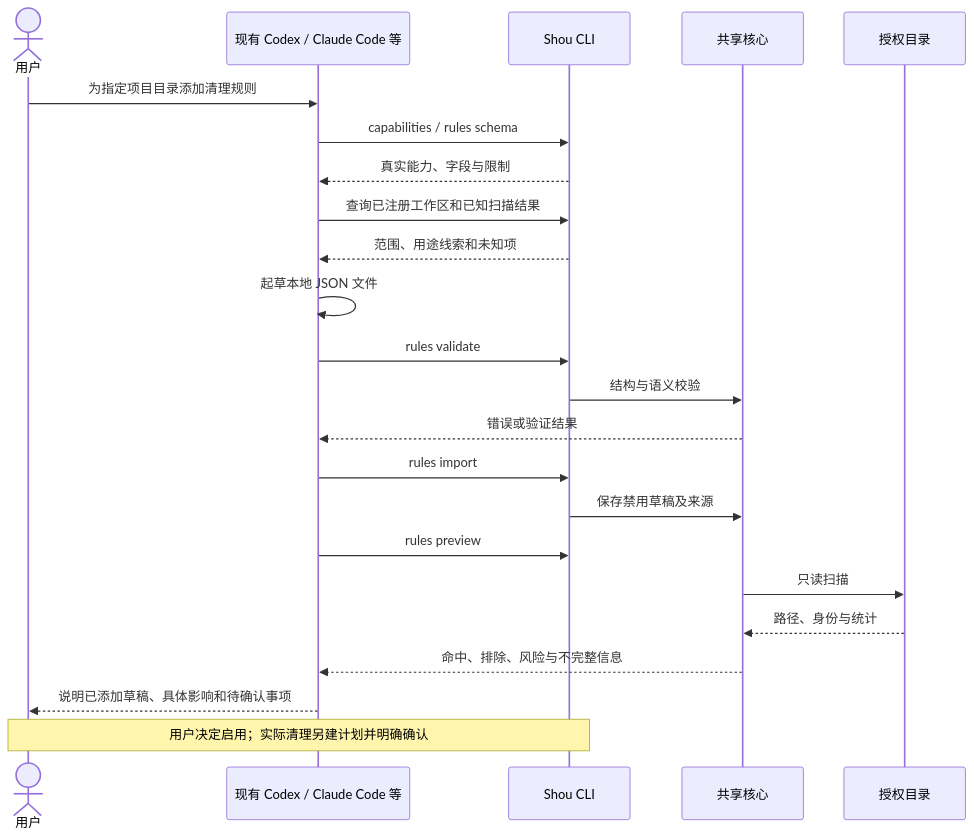
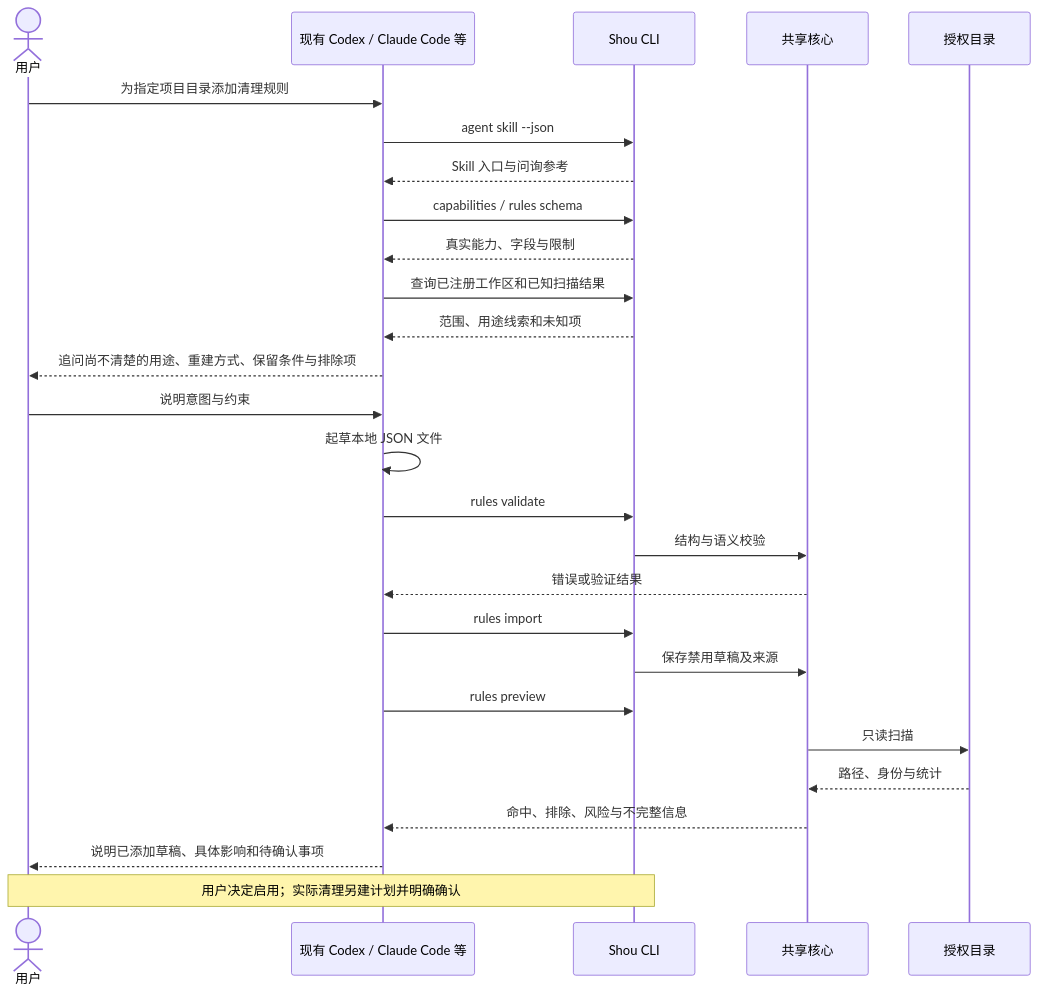
The first of 2 diagrams in docs/zh-CN/ai/coding-agent-integration.md (limecloud/shou), drawn with Mermaid before and after one commit. The commit also changed other lines of this file and 99 other files, not shown here.

````diff
--- a/docs/zh-CN/ai/coding-agent-integration.md
+++ b/docs/zh-CN/ai/coding-agent-integration.md
@@ -29,25 +44,29 @@
 ```mermaid
 sequenceDiagram
     actor User as 用户
     participant Agent as 现有 Codex / Claude Code 等
     participant CLI as Shou CLI
     participant Core as 共享核心
     participant FS as 授权目录
     User->>Agent: 为指定项目目录添加清理规则
+    Agent->>CLI: agent skill --json
+    CLI-->>Agent: Skill 入口与问询参考
     Agent->>CLI: capabilities / rules schema
     CLI-->>Agent: 真实能力、字段与限制
     Agent->>CLI: 查询已注册工作区和已知扫描结果
     CLI-->>Agent: 范围、用途线索和未知项
+    Agent-->>User: 追问尚不清楚的用途、重建方式、保留条件与排除项
+    User->>Agent: 说明意图与约束
     Agent->>Agent: 起草本地 JSON 文件
     Agent->>CLI: rules validate
     CLI->>Core: 结构与语义校验
     Core-->>Agent: 错误或验证结果
     Agent->>CLI: rules import
     CLI->>Core: 保存禁用草稿及来源
     Agent->>CLI: rules preview
     Core->>FS: 只读扫描
     FS-->>Core: 路径、身份与统计
     Core-->>Agent: 命中、排除、风险与不完整信息
     Agent-->>User: 说明已添加草稿、具体影响和待确认事项
     Note over User,CLI: 用户决定启用；实际清理另建计划并明确确认
 ```
````
